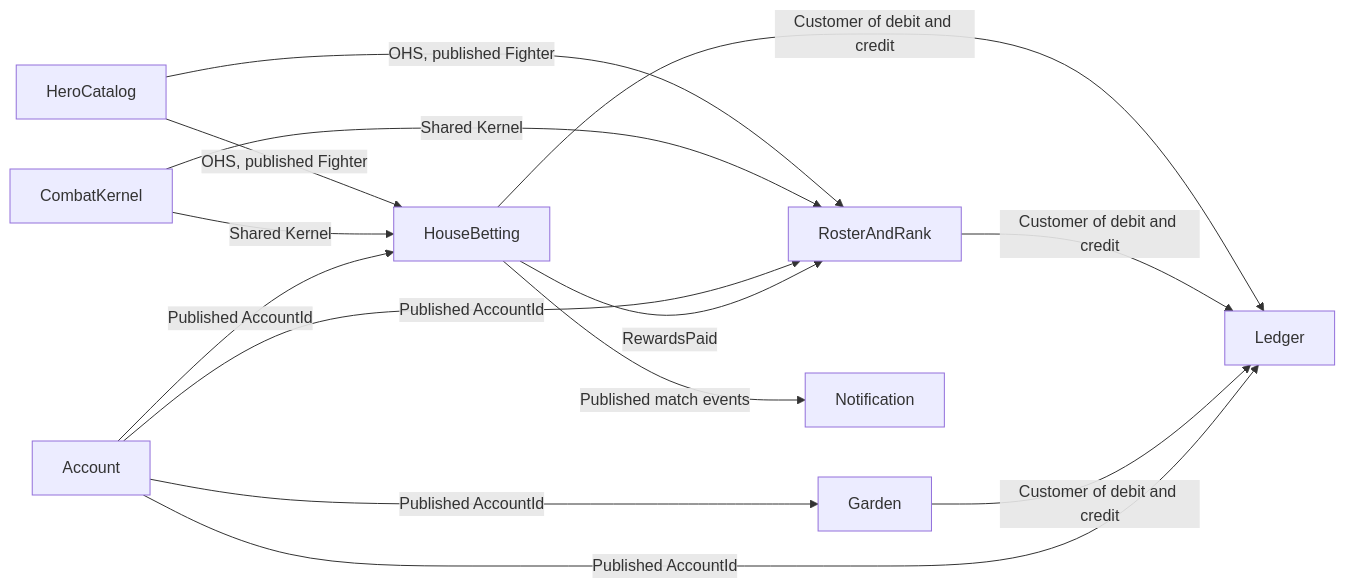
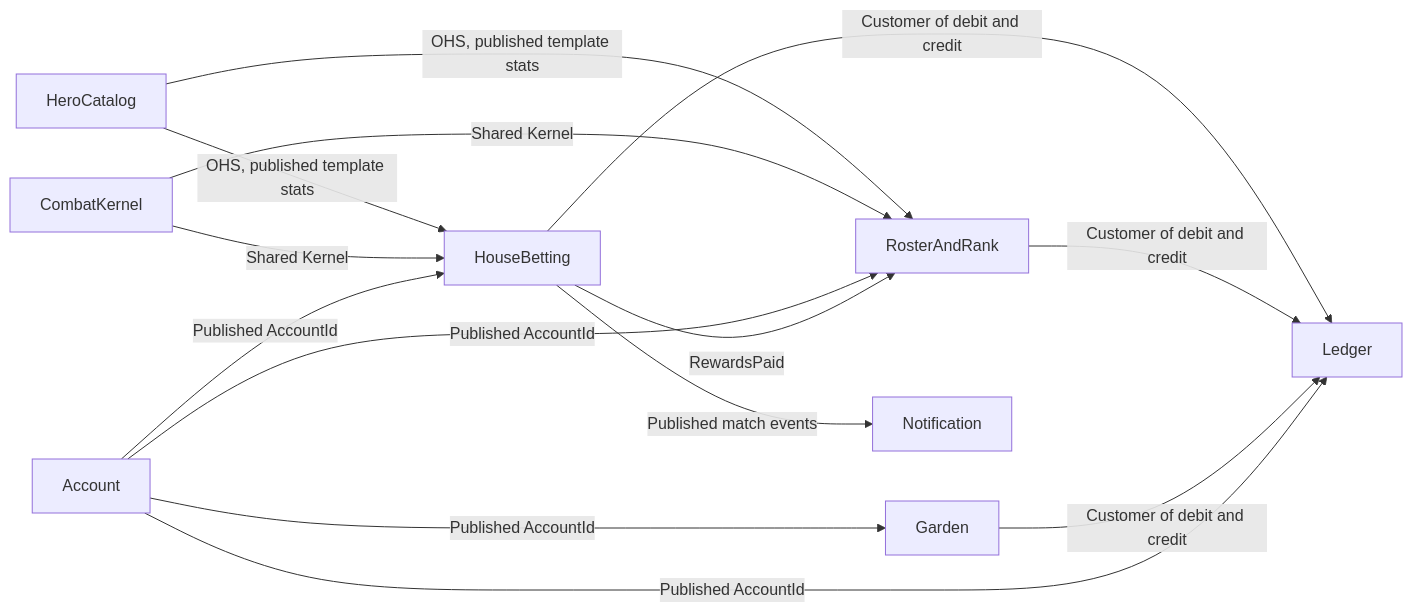
The diagram in .kiro/specs/ddd-refactor/strategic-design.md (fightlightdiamond/game-be), drawn with Mermaid before and after one commit. The commit also changed other lines of this file and 9 other files, not shown here.

````diff
--- a/.kiro/specs/ddd-refactor/strategic-design.md
+++ b/.kiro/specs/ddd-refactor/strategic-design.md
@@ -269,25 +276,25 @@
 ```mermaid
 flowchart LR
   catalog[HeroCatalog]
   combat[CombatKernel]
   arena[HouseBetting]
   roster[RosterAndRank]
   garden[Garden]
   ledger[Ledger]
   identity[Account]
   notify[Notification]
 
-  catalog -->|"OHS, published Fighter"| arena
-  catalog -->|"OHS, published Fighter"| roster
+  catalog -->|"OHS, published template stats"| arena
+  catalog -->|"OHS, published template stats"| roster
   combat -->|"Shared Kernel"| arena
   combat -->|"Shared Kernel"| roster
   arena -->|"Customer of debit and credit"| ledger
   roster -->|"Customer of debit and credit"| ledger
   garden -->|"Customer of debit and credit"| ledger
   identity -->|"Published AccountId"| ledger
   identity -->|"Published AccountId"| arena
   identity -->|"Published AccountId"| roster
   identity -->|"Published AccountId"| garden
   arena -->|"Published match events"| notify
   arena -->|"RewardsPaid"| roster
 ```
````
